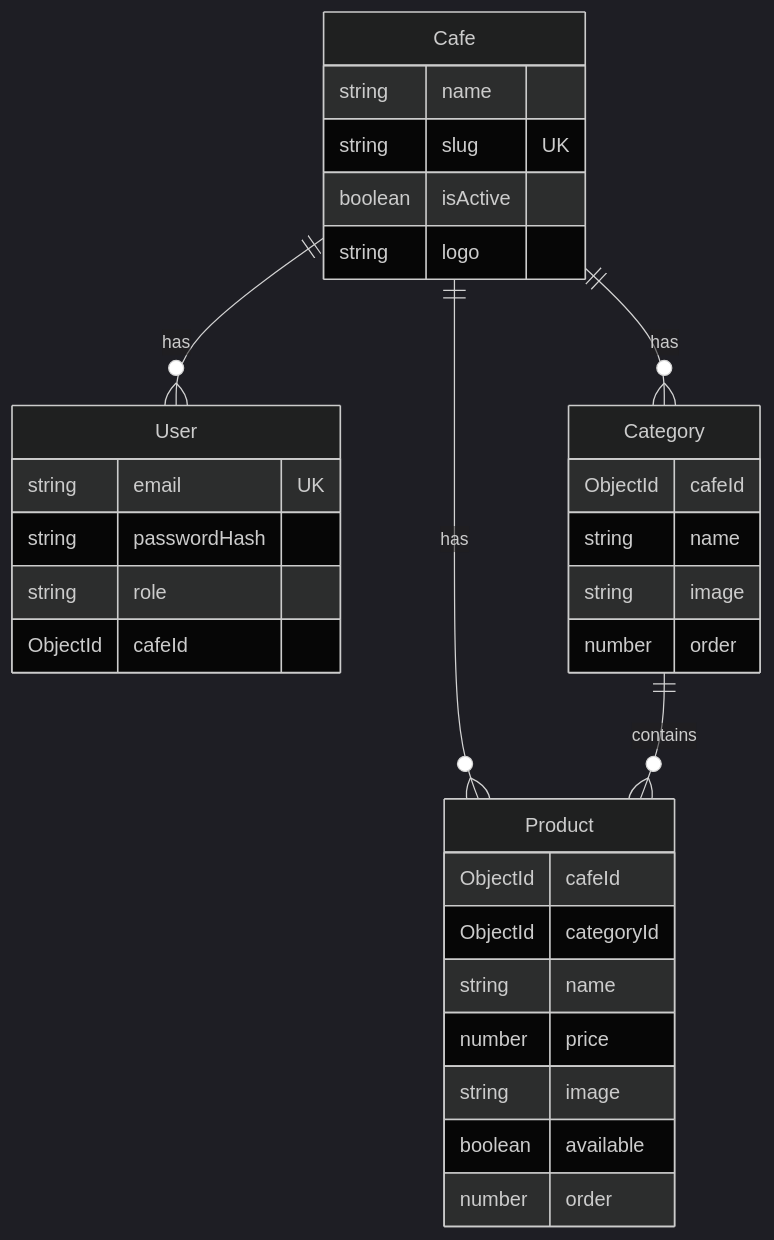
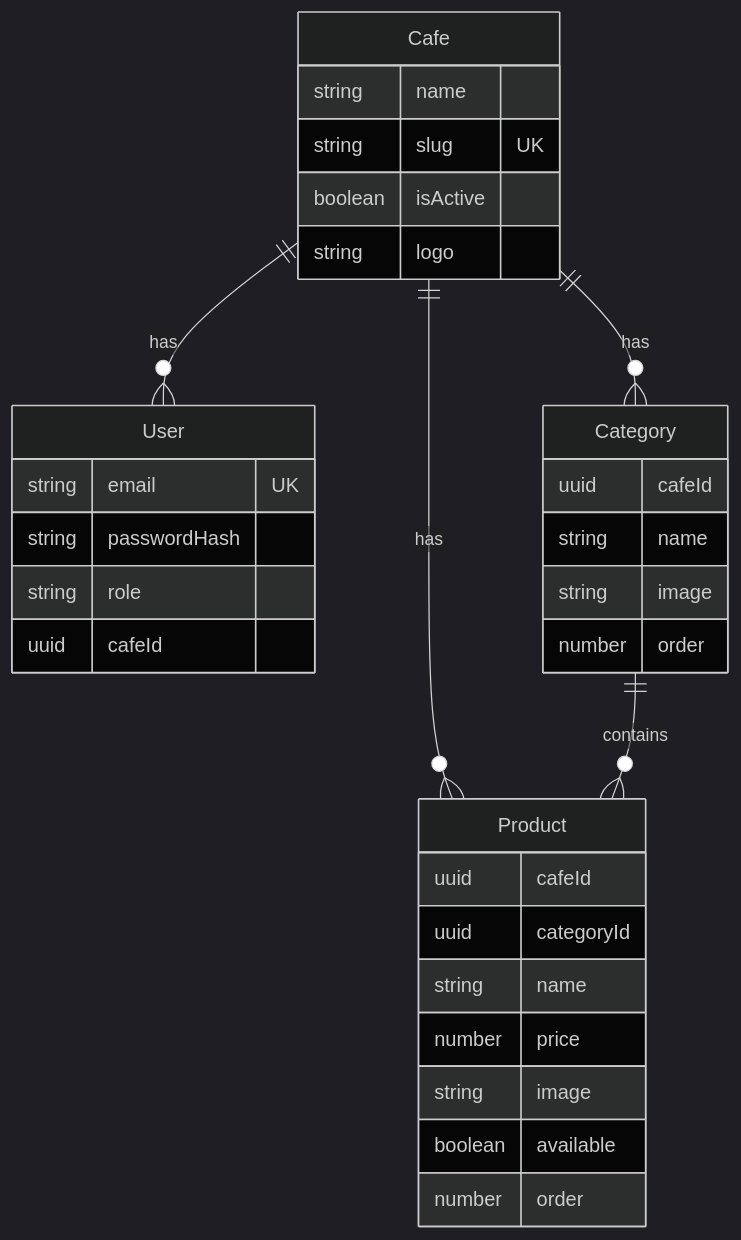
One commit to adnane-workspace/scan changed the diagram in TECHNICAL.md. Above: the diagram before and after it, drawn with Mermaid (dark theme). The commit also changed other lines of this file and 35 other files, not shown here.

````diff
--- a/TECHNICAL.md
+++ b/TECHNICAL.md
@@ -81,35 +81,35 @@
 ```mermaid
 erDiagram
   Cafe ||--o{ User : has
   Cafe ||--o{ Category : has
   Cafe ||--o{ Product : has
   Category ||--o{ Product : contains
 
   Cafe {
     string name
     string slug UK
     boolean isActive
     string logo
   }
   User {
     string email UK
     string passwordHash
     string role
-    ObjectId cafeId
+    uuid cafeId
   }
   Category {
-    ObjectId cafeId
+    uuid cafeId
     string name
     string image
     number order
   }
   Product {
-    ObjectId cafeId
-    ObjectId categoryId
+    uuid cafeId
+    uuid categoryId
     string name
     number price
     string image
     boolean available
     number order
   }
 ```
````
